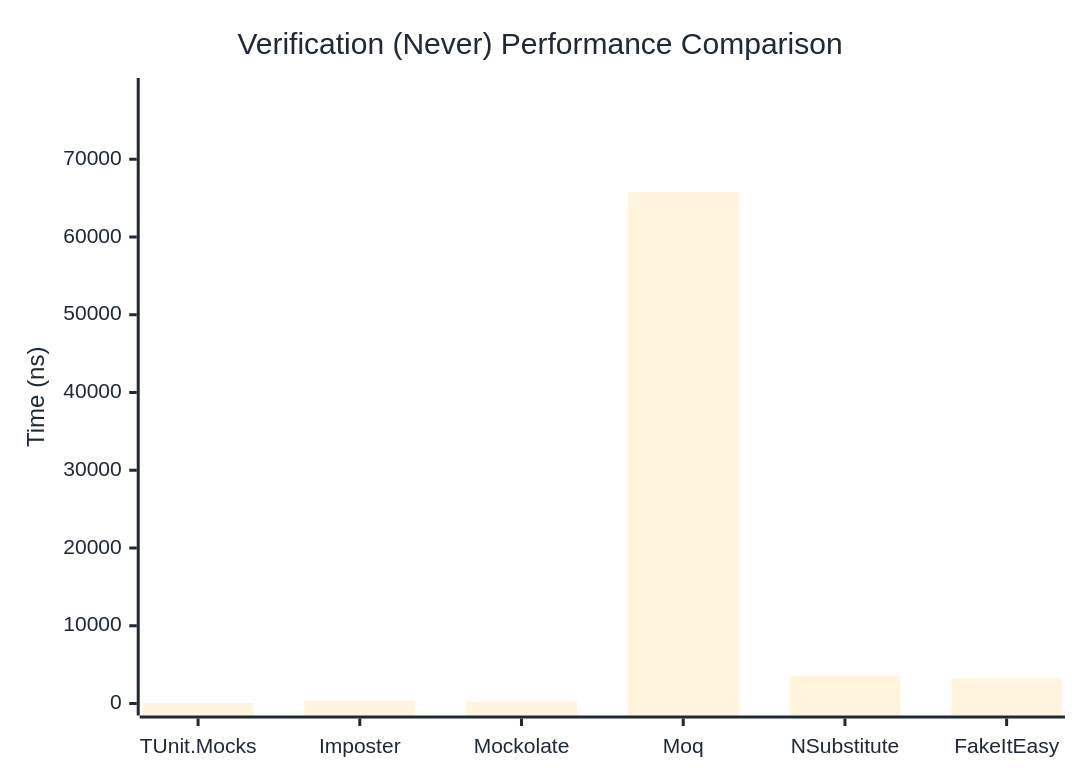
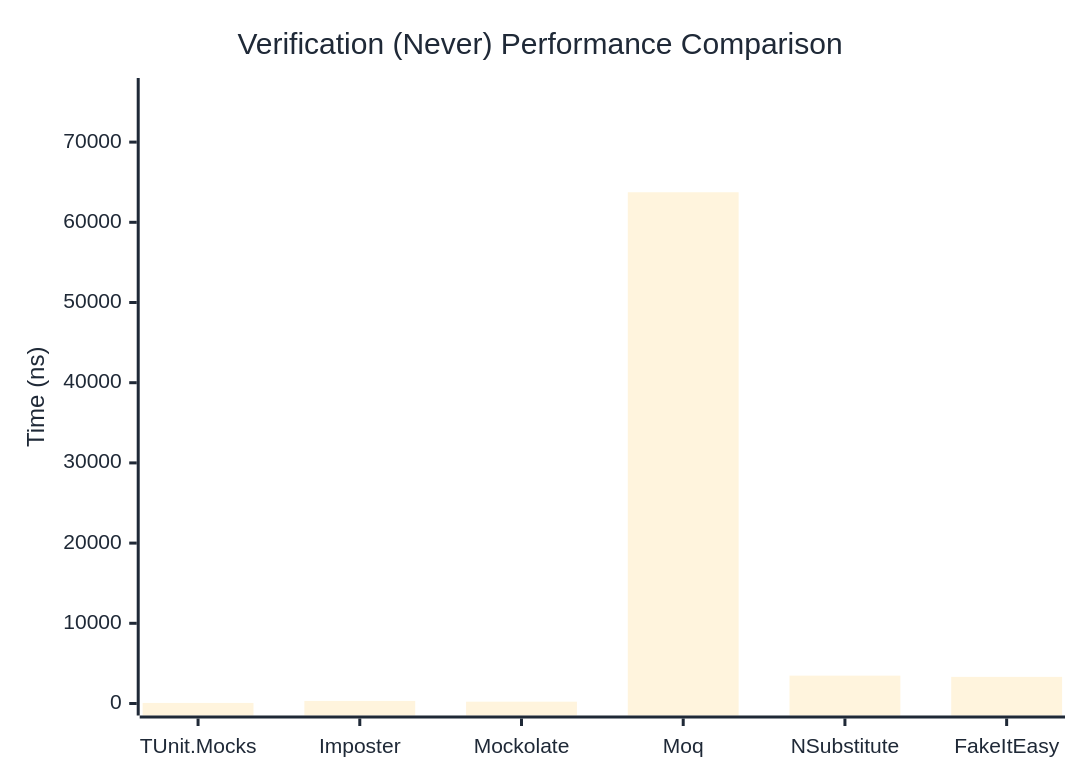
Before and after one commit to thomhurst/TUnit: the second of 3 diagrams in docs/docs/benchmarks/mocks/Verification.md, drawn with Mermaid. The commit also changed other lines of this file and 14 other files, not shown here.

````diff
--- a/docs/docs/benchmarks/mocks/Verification.md
+++ b/docs/docs/benchmarks/mocks/Verification.md
@@ -69,27 +69,27 @@
 ```mermaid
 %%{init: {
   'theme':'base',
   'themeVariables': {
     'primaryColor': '#2563eb',
     'primaryTextColor': '#1f2937',
     'primaryBorderColor': '#1e40af',
     'lineColor': '#6b7280',
     'secondaryColor': '#7c3aed',
     'tertiaryColor': '#dc2626',
     'background': '#ffffff',
     'pie1': '#2563eb',
     'pie2': '#7c3aed',
     'pie3': '#dc2626',
     'pie4': '#f59e0b',
     'pie5': '#10b981',
     'pie6': '#06b6d4',
     'pie7': '#ec4899',
     'pie8': '#6366f1'
   }
 }}%%
 xychart-beta
   title "Verification (Never) Performance Comparison"
   x-axis ["TUnit.Mocks", "Imposter", "Mockolate", "Moq", "NSubstitute", "FakeItEasy"]
-  y-axis "Time (ns)" 0 --> 78906
-  bar [68.4, 342.32, 230.98, 65754.24, 3571.9, 3229.37]
+  y-axis "Time (ns)" 0 --> 76497
+  bar [69.18, 319.87, 226.22, 63747.23, 3472.87, 3320.76]
 ```
````
